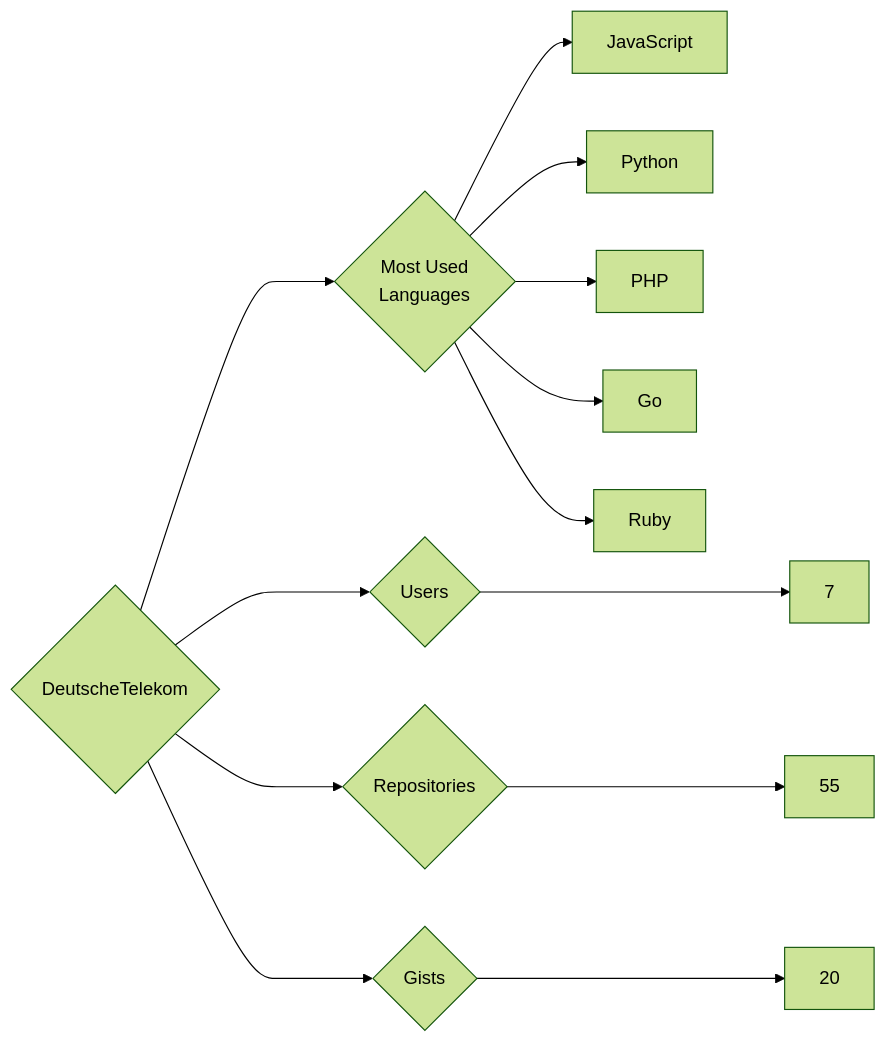
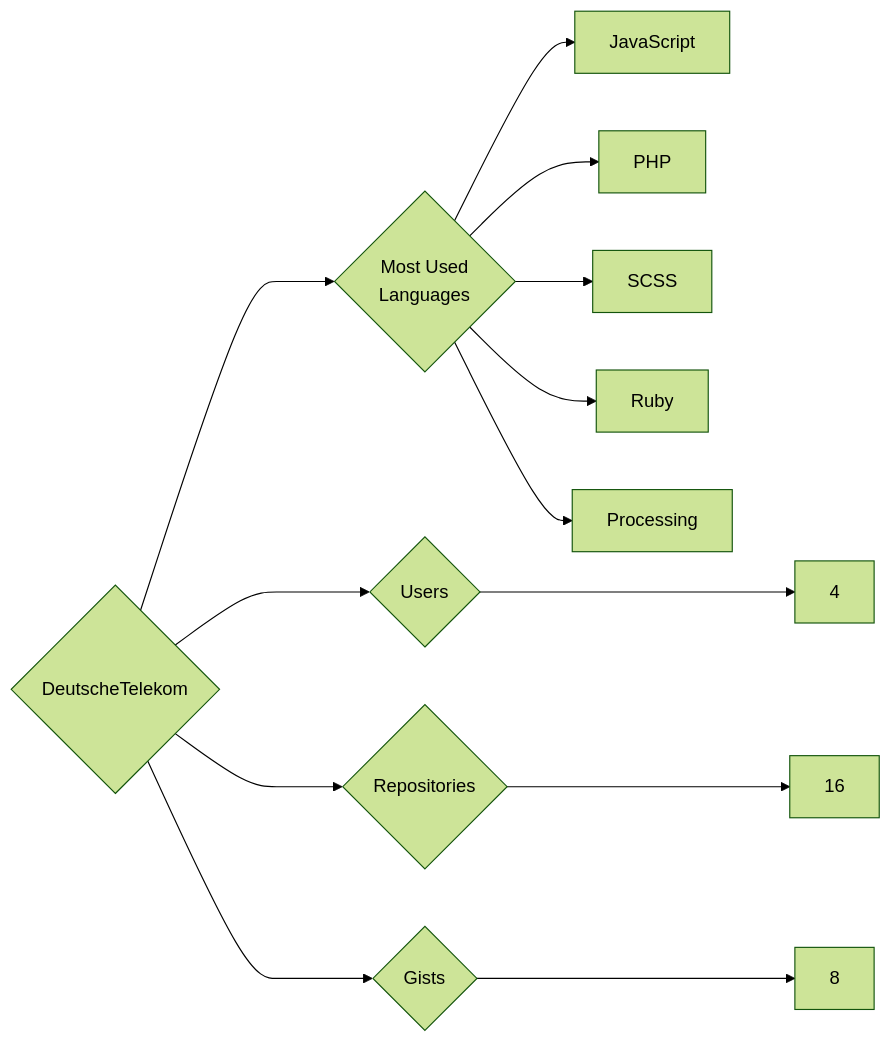
The diagram in targets/DeutscheTelekom/README.md (trickest/insiders), drawn with Mermaid (forest theme) before and after one commit. The commit also changed 1120 other files, not shown here.

````diff
--- a/targets/DeutscheTelekom/README.md
+++ b/targets/DeutscheTelekom/README.md
@@ -3,13 +3,13 @@
 ```mermaid
 graph LR
 COMPANY_NAME{DeutscheTelekom}
-COMPANY_NAME ---> U{Users} ---> UN[7]
-COMPANY_NAME ---> R{Repositories} ---> RN[55]
-COMPANY_NAME ---> G{Gists} ---> GN[20]
+COMPANY_NAME ---> U{Users} ---> UN[4]
+COMPANY_NAME ---> R{Repositories} ---> RN[16]
+COMPANY_NAME ---> G{Gists} ---> GN[8]
 COMPANY_NAME ---> ML{Most Used<br>Languages}
 ML --> JavaScript[JavaScript]
-ML --> Python[Python]
 ML --> PHP[PHP]
-ML --> Go[Go]
+ML --> SCSS[SCSS]
 ML --> Ruby[Ruby]
+ML --> Processing[Processing]
 ```
````
